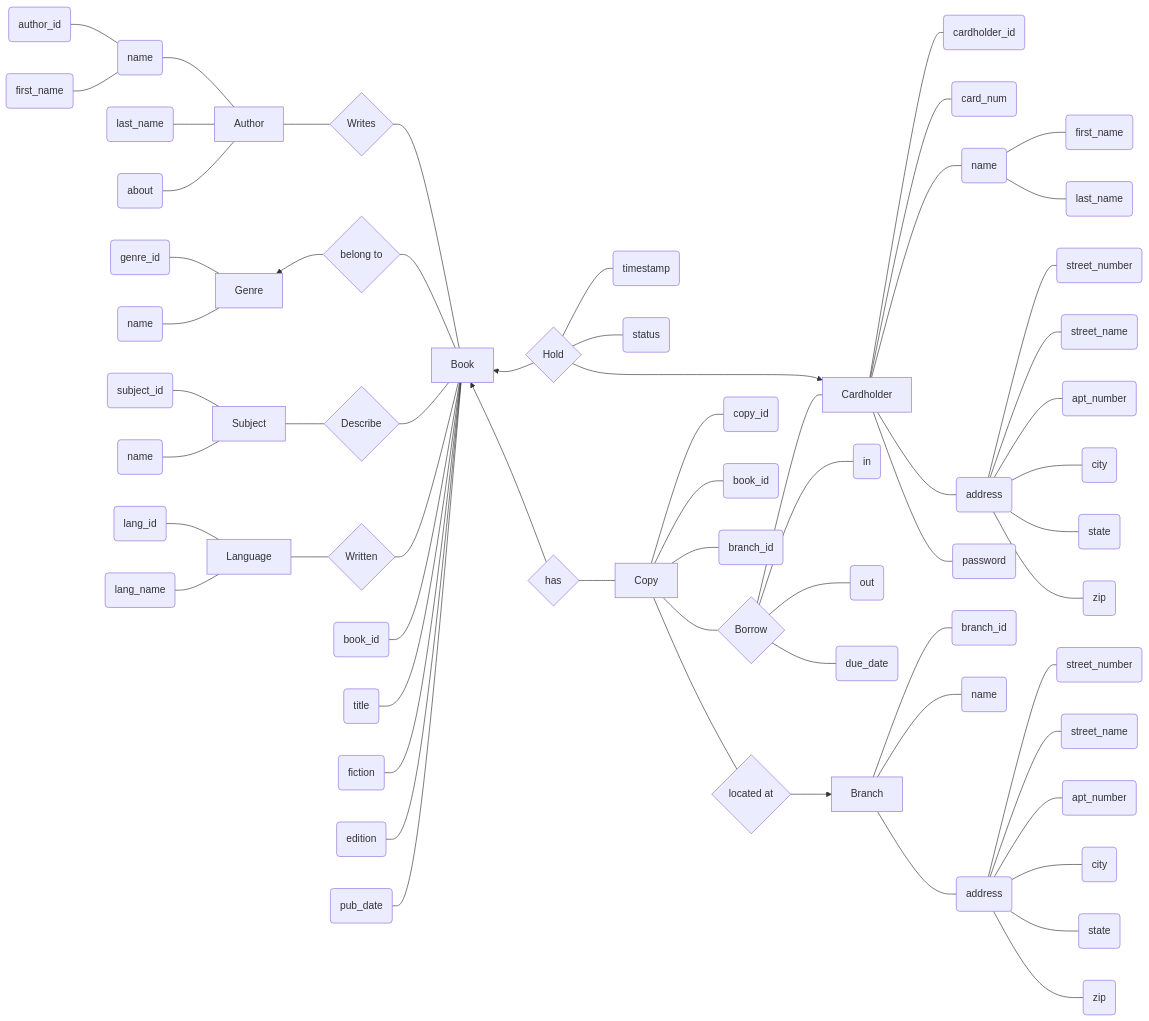
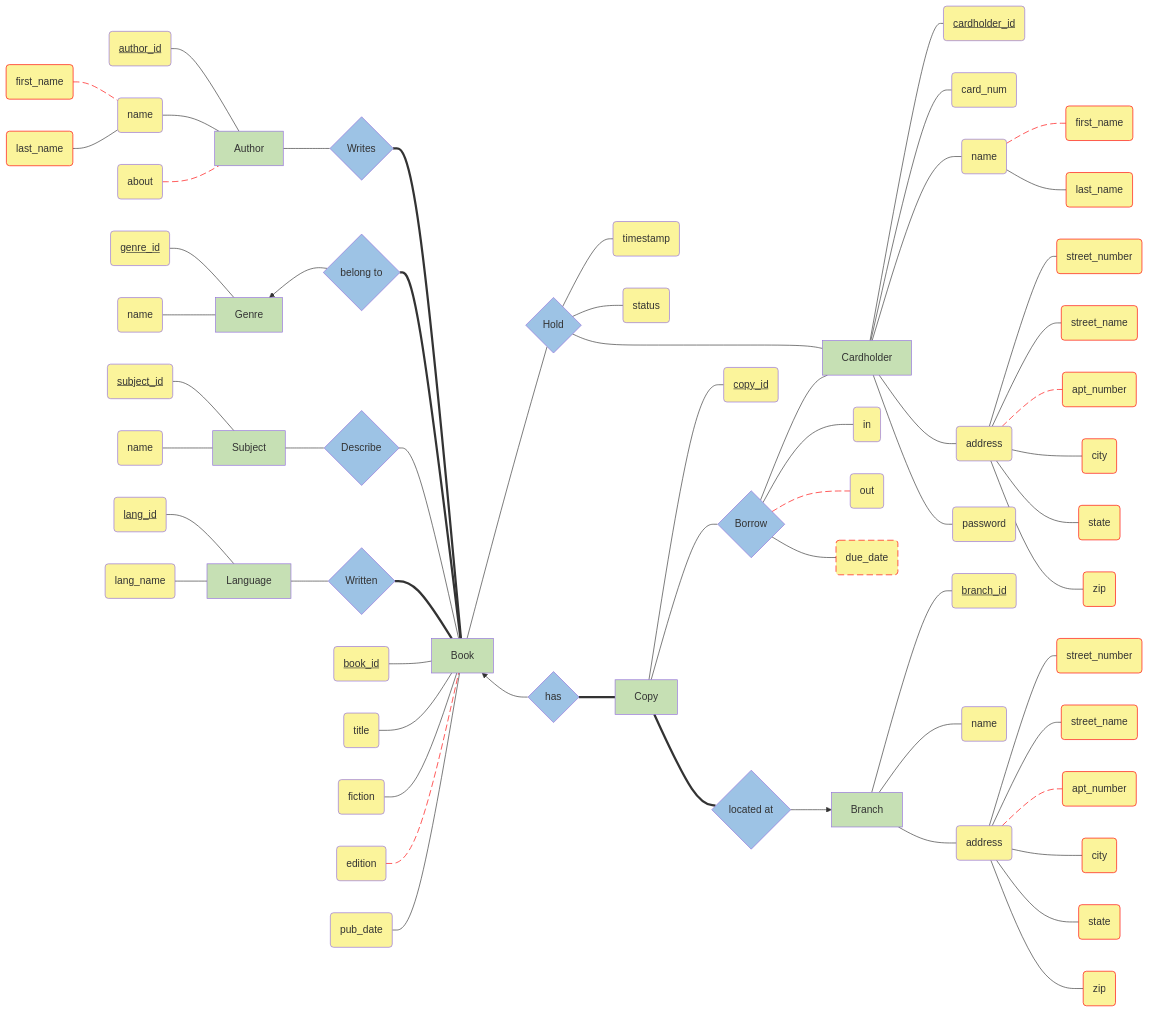
Before and after one commit to kelzzzz/CS425-ChiPub: the diagram in ERD-1stDeliverable/erd.mmd, drawn with Mermaid. The commit also changed 3 other files, not shown here.

```diff
--- a/ERD-1stDeliverable/erd.mmd
+++ b/ERD-1stDeliverable/erd.mmd
@@ -1,167 +1,187 @@
+---
+themeVariables:
+  fontSize: 10px
+---
+
 graph LR
     %% ===
     %% AUTHOR
     %% ---
 
     %% Attributes
-    aid(author_id) --- an
-    af(first_name) --- an
-    an(name) --- A
-    al(last_name) --- A
-    aa(about) --- A
+    aid(<ins>author_id</ins>):::attr --- A
+    af(first_name):::subAttr --- an
+    al(last_name):::subAttr --- an
+    an(name):::attr --- A
+    aa(about):::attr --- A
 
     %% Author to Book
+    %% 1..M : 0..M
     %% an Author can write one or more Books
     %% every Book is written by at least one Author
-    A[Author] --- AB{Writes}
-    AB --- B[Book]
+    A[Author]:::entity --- AB{Writes}:::relation
+    AB === B[Book]:::entity
     %% ===
 
     %% ===
     %% GENRE
     %% ---
 
     %% Attributes
-    gid(genre_id) --- G
-    gnm(name) --- G
+    gid(<ins>genre_id</ins>):::attr --- G
+    gnm(name):::attr --- G
 
     %% Genre to Book
+    %% 1..M : 0..1
     %% one Genre can contain one or more Books
     %% every Book belongs to one Genre
     %% workaround for reverse pointed arrows
-    G[Genre] ~~~ GB{belong to} --> G
+    G[Genre]:::entity ~~~ GB{belong to}:::relation --> G
     %% Using this to attempt to "straighten" back out the lines
     GB ~~~ G
-    GB --- B
+    GB === B
     %% ===
 
     %% ===
     %% SUBJECT
     %% ---
 
     %% Attributes
-    sid(subject_id) --- S
-    sn(name) --- S
+    sid(<ins>subject_id</ins>):::attr--- S
+    sn(name):::attr--- S
 
     %% Subject to Book
+    %% 0..M : 0..M
     %% a Subject can describe one or more Books
     %% a Book can be described by one or more Subjects
-    S[Subject] --- SB{Describe}
+    S[Subject]:::entity --- SB{Describe}:::relation
     SB --- B
     %% ===
 
     %% ===
     %% LANGUAGE
     %% ---
 
     %% Attributes
-    lid(lang_id) --- L
-    lnm(lang_name) --- L
+    lid(<ins>lang_id</ins>):::attr--- L
+    lnm(lang_name):::attr--- L
 
     %% Language to Book
+    %% 1..M : 0..M
     %% one or more Languages can be used to write a Book
     %% a Book must be written in at least one Language
-    L[Language] --- LB{Written}
-    LB --- B
+    L[Language]:::entity --- LB{Written}:::relation
+    LB === B
     %% ===
 
     %% ===
     %% BOOK
     %% ---
 
     %% Attributes
-    bid(book_id) --- B
-    bt(title) --- B
-    bf(fiction) --- B
-    be(edition) --- B
-    bp(pub_date) --- B
+    bid(<ins>book_id</ins>):::attr--- B
+    bt(title):::attr--- B
+    bf(fiction):::attr--- B
+    be(edition):::attr--- B
+    bp(pub_date):::attr--- B
     %% ===
 
     %% ===
-    %% HOLD (Bridge Entity)
+    %% HOLD (Book to Cardholder, Bridge Entity)
     %% ---
+    %% 0..M : 0..M
 
     %% Attributes
-    H --- hts(timestamp)
-    H --- hst(status)
+    H --- hts(timestamp):::attr
+    H --- hst(status):::attr
 
     %% a Book may be requested for Hold by one or more Cardholder
     %% a Cardholder may request a Hold for one or more Book
-    B ~~~ H{Hold} --> B
-    H ~~~ B
-    H --> Ch
+    B ~~~ H{Hold}:::relation --- B
+    H --- Ch
     %% ===
 
     %% ===
     %% COPY
     %% ---
 
-    %% Attributes
-    C --- cid(copy_id)
-    C --- cbk(book_id)
-    C --- cbr(branch_id)
-
     %% Book to Copy
+    %% 1..1 : 0..M
     %% a book Book may have one or more Copy
     %% every Copy has exactly one Book
-    B ~~~ BC{has} --> B
+    B ~~~ BC{has}:::relation --> B
     BC ~~~ B
-    BC --- C[Copy]
+    BC === C[Copy]:::entity
     %% ===
 
     %% ===
     %% BORROW (Bridge Entity)
     %% ---
+    %% 0..M : 0..M
 
     %% a Copy can have one or more Borrow records for one or more Cardholder
     %% a Cardholder can have one or more Borrow records for one or more Copy
-    C --- Bw{Borrow}
-    Bw --- Ch[Cardholder]
+    C --- Bw{Borrow}:::relation
+    Bw --- Ch[Cardholder]:::entity
 
     %% Attributes
-    Bw --- tts(in)
-    Bw --- tot(out)
-    Bw --- tdt(due_date)
+    Bw --- tts(in):::attr
+    Bw --- tot(out):::attr
+    Bw --- tdt(due_date):::derAttr
+
+    %% COPY Attributes
+    %% placed here to correct order of appearance in output
+    C --- cid(<ins>copy_id</ins>):::attr
     %% ===
 
     %% ===
     %% CARDHOLDER
     %% ---
 
     %% Attributes
-    Ch --- chid(cardholder_id)
-    Ch --- chnm(card_num)
-    chn --- chfn(first_name)
-    chn --- chln(last_name)
-    Ch --- chn(name)
-    Ch --- ca(address)
-    ca --- csn(street_number)
-    ca --- cst(street_name)
-    ca --- caa(apt_number)
-    ca --- cac(city)
-    ca --- cas(state)
-    ca --- cz(zip)
-    Ch --- chpw(password)
+    Ch --- chid(<ins>cardholder_id</ins>):::attr
+    Ch --- chnm(card_num):::attr
+    chn --- chfn(first_name):::subAttr
+    chn --- chln(last_name):::subAttr
+    Ch --- chn(name):::attr
+    Ch --- ca(address):::attr
+    ca --- csn(street_number):::subAttr
+    ca --- cst(street_name):::subAttr
+    ca --- caa(apt_number):::subAttr
+    ca --- cac(city):::subAttr
+    ca --- cas(state):::subAttr
+    ca --- cz(zip):::subAttr
+    Ch --- chpw(password):::attr
     %% ===
 
     %% ===
     %% BRANCH
     %% ---
 
+    %% Copy to Branch
+    %% 0..M : 1..1
     %% a Copy must be located at exactly one Branch
     %% a Branch may have one or more Copy
-    C ~~~ CBr{located at} --- C
+    C ~~~ CBr{located at}:::relation === C
     CBr ~~~ C
-    CBr --> Br[Branch]
+    CBr --> Br[Branch]:::entity
 
     %% Attributes
-    Br --- brd(branch_id)
-    Br --- bn(name)
-    Br --- ba(address)
-    ba --- bsn(street_number)
-    ba --- bst(street_name)
-    ba --- baa(apt_number)
-    ba --- bac(city)
-    ba --- bas(state)
-    ba --- bz(zip)
+    Br --- brd(<ins>branch_id</ins>):::attr
+    Br --- bn(name):::attr
+    Br --- ba(address):::attr
+    ba --- bsn(street_number):::subAttr
+    ba --- bst(street_name):::subAttr
+    ba --- baa(apt_number):::subAttr
+    ba --- bac(city):::subAttr
+    ba --- bas(state):::subAttr
+    ba --- bz(zip):::subAttr
     %% ===
+
+    classDef entity fill:#c6e0b4;
+    classDef relation fill:#9dc3e5;
+    classDef attr fill:#fbf49b;
+    classDef subAttr fill:#fbf49b, stroke:red;
+    classDef derAttr fill:#fbf49b, stroke:red, stroke-dasharray: 10 5;
+    %% optional attr links
+    linkStyle 1,4,24,38,43,49,63 stroke:red, stroke-dasharray: 10 5;
```
